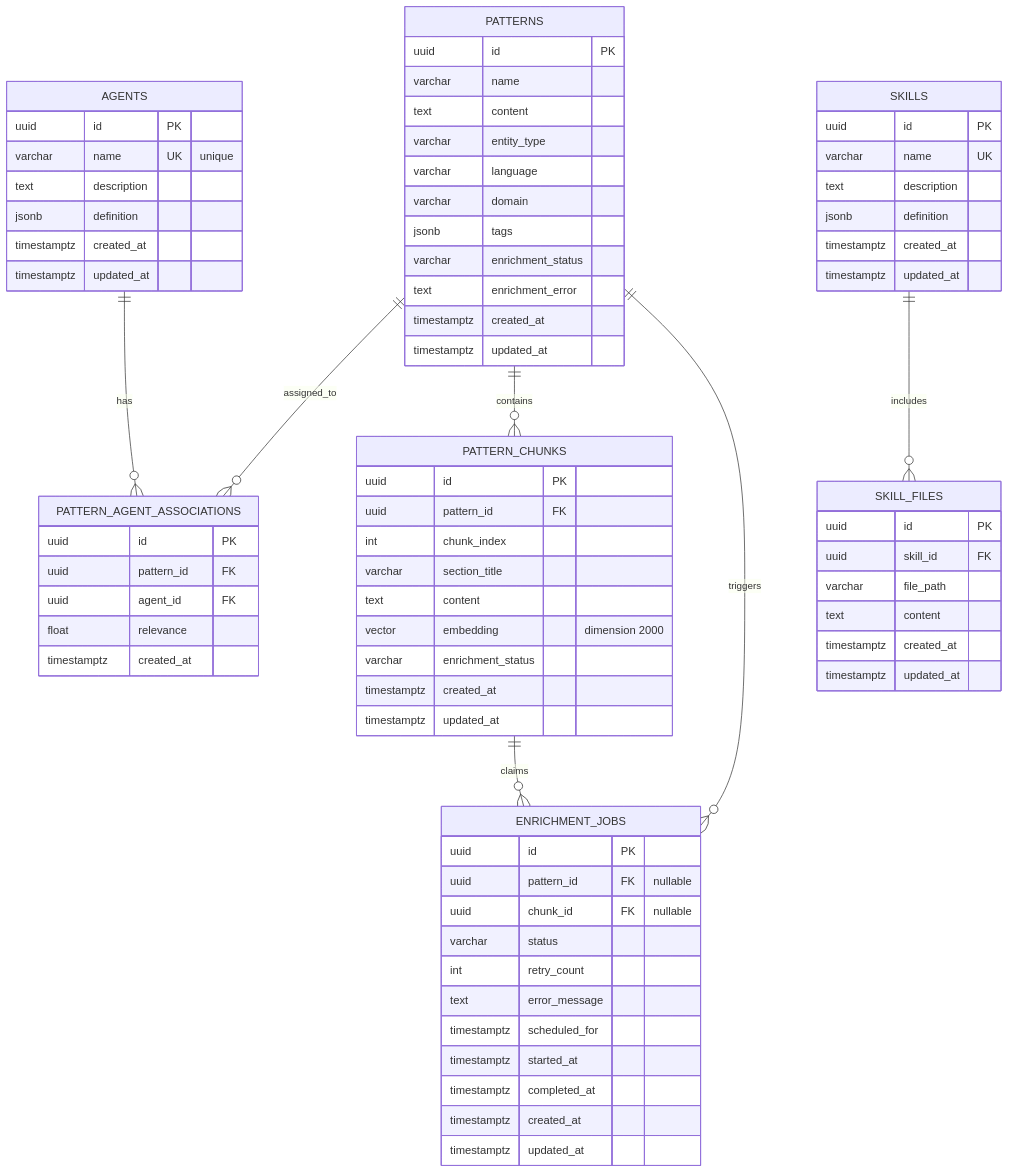
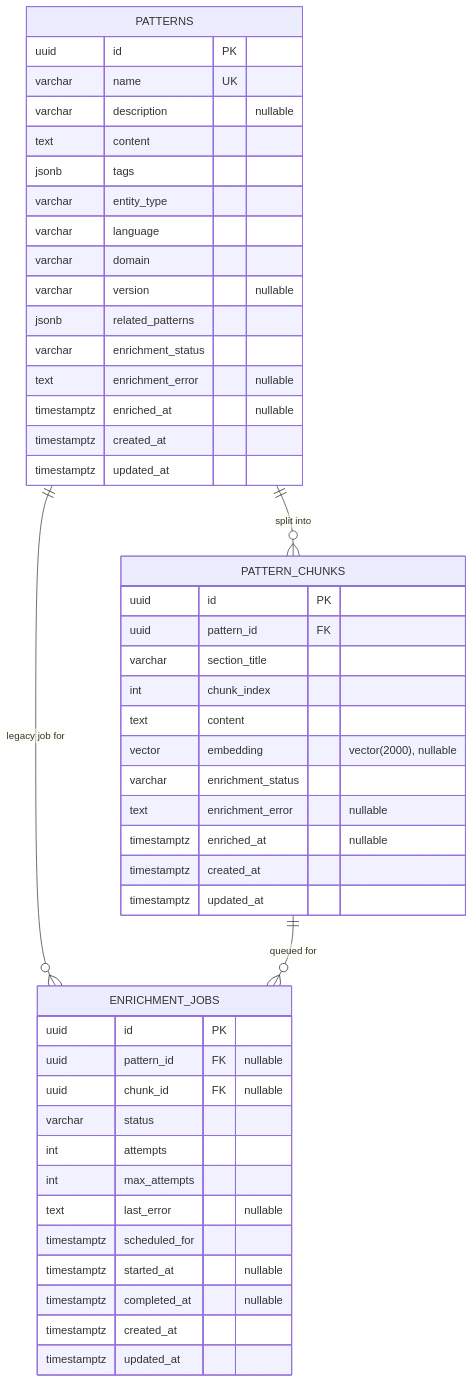
Before and after one commit to twistingmercury/mnemonic-docs: the second of 8 diagrams in docs/architecture/system/04-data-architecture.md, drawn with Mermaid. The commit also changed other lines of this file and 41 other files, not shown here.

````diff
--- a/docs/architecture/system/04-data-architecture.md
+++ b/docs/architecture/system/04-data-architecture.md
@@ -145,31 +155,23 @@
 ```mermaid
 erDiagram
-    AGENTS ||--o{ PATTERN_AGENT_ASSOCIATIONS : "has"
-    PATTERNS ||--o{ PATTERN_AGENT_ASSOCIATIONS : "assigned_to"
-    PATTERNS ||--o{ PATTERN_CHUNKS : "contains"
-    PATTERNS ||--o{ ENRICHMENT_JOBS : "triggers"
-    PATTERN_CHUNKS ||--o{ ENRICHMENT_JOBS : "claims"
-    SKILLS ||--o{ SKILL_FILES : "includes"
-
-    AGENTS {
-        uuid id PK
-        varchar name UK "unique"
-        text description
-        jsonb definition
-        timestamptz created_at
-        timestamptz updated_at
-    }
+    PATTERNS ||--o{ PATTERN_CHUNKS : "split into"
+    PATTERNS ||--o{ ENRICHMENT_JOBS : "legacy job for"
+    PATTERN_CHUNKS ||--o{ ENRICHMENT_JOBS : "queued for"
 
     PATTERNS {
         uuid id PK
-        varchar name
+        varchar name UK
+        varchar description "nullable"
         text content
+        jsonb tags
         varchar entity_type
         varchar language
         varchar domain
-        jsonb tags
+        varchar version "nullable"
+        jsonb related_patterns
         varchar enrichment_status
-        text enrichment_error
+        text enrichment_error "nullable"
+        timestamptz enriched_at "nullable"
         timestamptz created_at
         timestamptz updated_at
     }
@@ -177,21 +179,15 @@
     PATTERN_CHUNKS {
         uuid id PK
         uuid pattern_id FK
+        varchar section_title
         int chunk_index
-        varchar section_title
         text content
-        vector embedding "dimension 2000"
+        vector embedding "vector(2000), nullable"
         varchar enrichment_status
+        text enrichment_error "nullable"
+        timestamptz enriched_at "nullable"
         timestamptz created_at
         timestamptz updated_at
-    }
-
-    PATTERN_AGENT_ASSOCIATIONS {
-        uuid id PK
-        uuid pattern_id FK
-        uuid agent_id FK
-        float relevance
-        timestamptz created_at
     }
 
     ENRICHMENT_JOBS {
@@ -199,29 +195,12 @@
         uuid pattern_id FK "nullable"
         uuid chunk_id FK "nullable"
         varchar status
-        int retry_count
-        text error_message
+        int attempts
+        int max_attempts
+        text last_error "nullable"
         timestamptz scheduled_for
-        timestamptz started_at
-        timestamptz completed_at
-        timestamptz created_at
-        timestamptz updated_at
-    }
-
-    SKILLS {
-        uuid id PK
-        varchar name UK
-        text description
-        jsonb definition
-        timestamptz created_at
-        timestamptz updated_at
-    }
-
-    SKILL_FILES {
-        uuid id PK
-        uuid skill_id FK
-        varchar file_path
-        text content
+        timestamptz started_at "nullable"
+        timestamptz completed_at "nullable"
         timestamptz created_at
         timestamptz updated_at
     }
````
